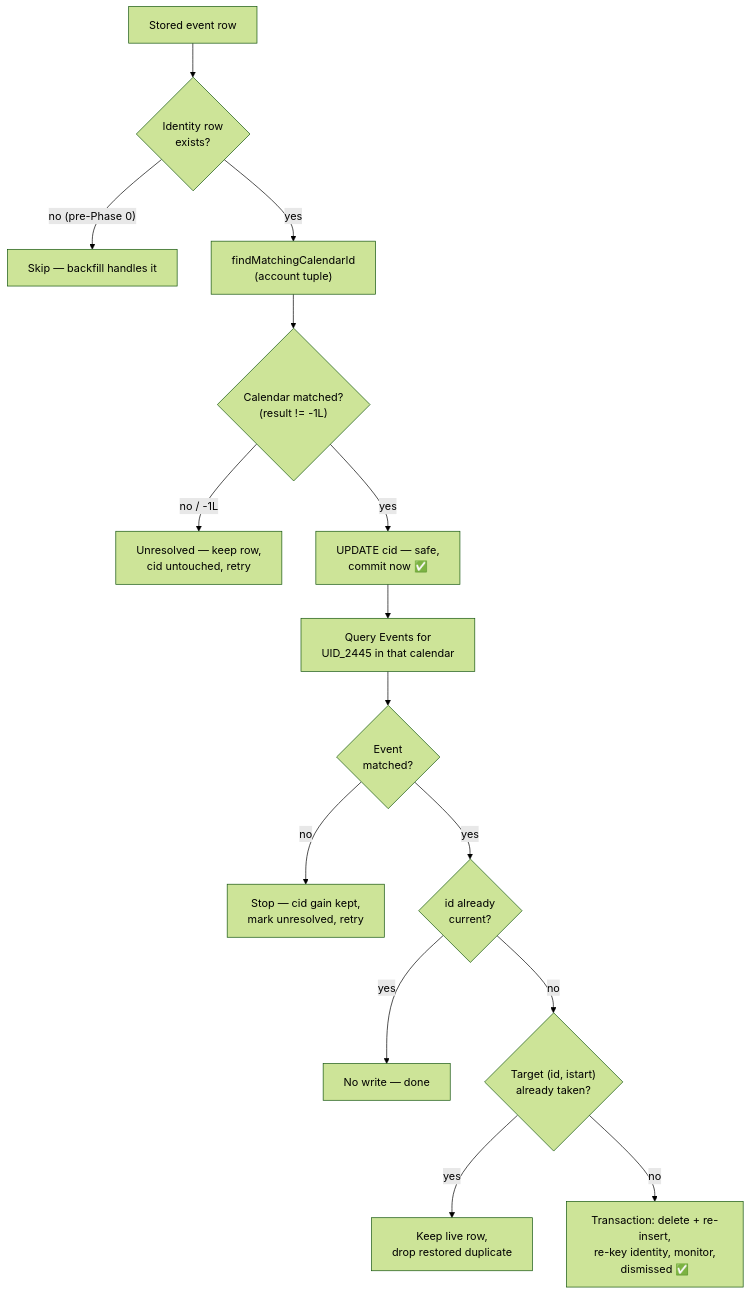
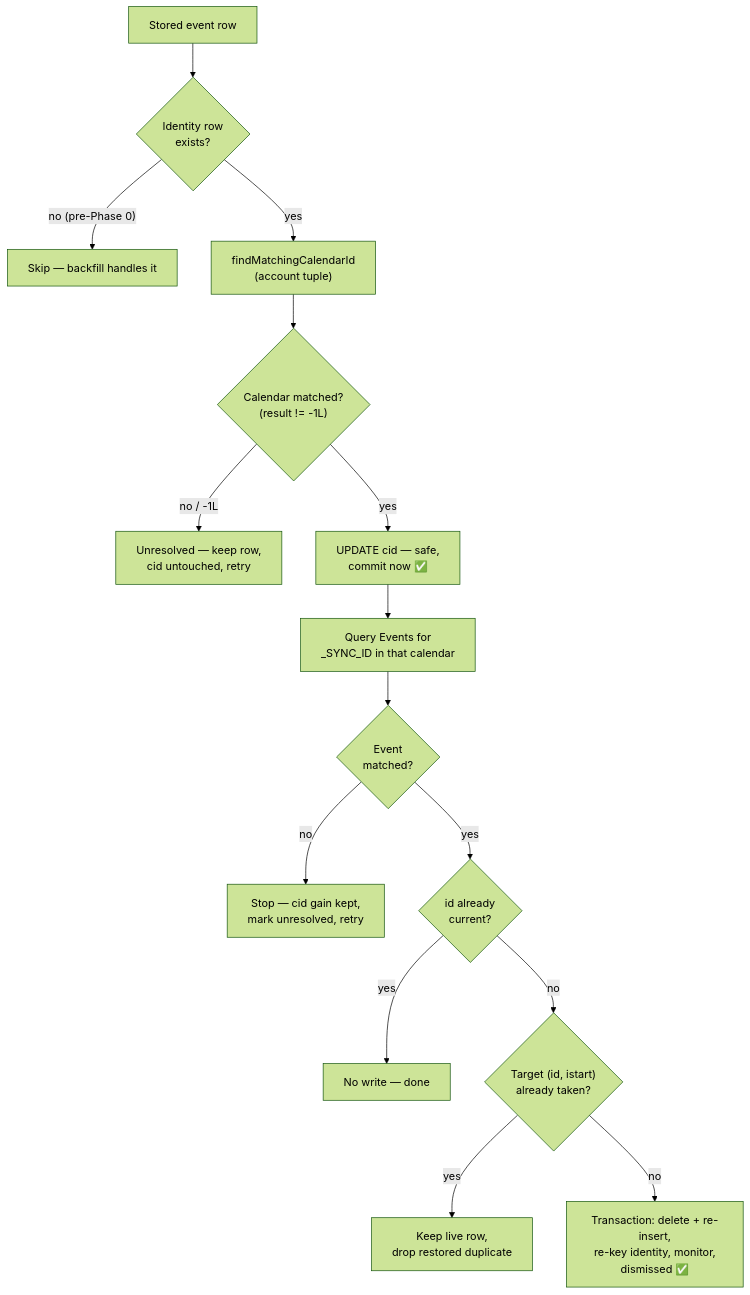
One commit to williscool/CalendarNotification changed the third of 3 diagrams in docs/dev_todo/portable_event_identity.md. Above: the diagram before and after it, drawn with Mermaid (forest theme). The commit also changed other lines of this file and 11 other files, not shown here.

````diff
--- a/docs/dev_todo/portable_event_identity.md
+++ b/docs/dev_todo/portable_event_identity.md
@@ -317,21 +377,21 @@
 ```mermaid
 flowchart TD
     A["Stored event row"] --> B{"Identity row<br/>exists?"}
     B -->|"no (pre-Phase 0)"| Z["Skip — backfill handles it"]
     B -->|yes| C["findMatchingCalendarId<br/>(account tuple)"]
 
     C --> D{"Calendar matched?<br/>(result != -1L)"}
     D -->|"no / -1L"| Y["Unresolved — keep row,<br/>cid untouched, retry"]
     D -->|yes| S["UPDATE cid — safe,<br/>commit now ✅"]
 
-    S --> E["Query Events for<br/>UID_2445 in that calendar"]
+    S --> E["Query Events for<br/>_SYNC_ID in that calendar"]
     E --> F{"Event<br/>matched?"}
     F -->|no| X["Stop — cid gain kept,<br/>mark unresolved, retry"]
     F -->|yes| G{"id already<br/>current?"}
 
     G -->|yes| W["No write — done"]
     G -->|no| H{"Target (id, istart)<br/>already taken?"}
 
     H -->|yes| V["Keep live row,<br/>drop restored duplicate"]
     H -->|no| U["Transaction: delete + re-insert,<br/>re-key identity, monitor,<br/>dismissed ✅"]
 ```
````
